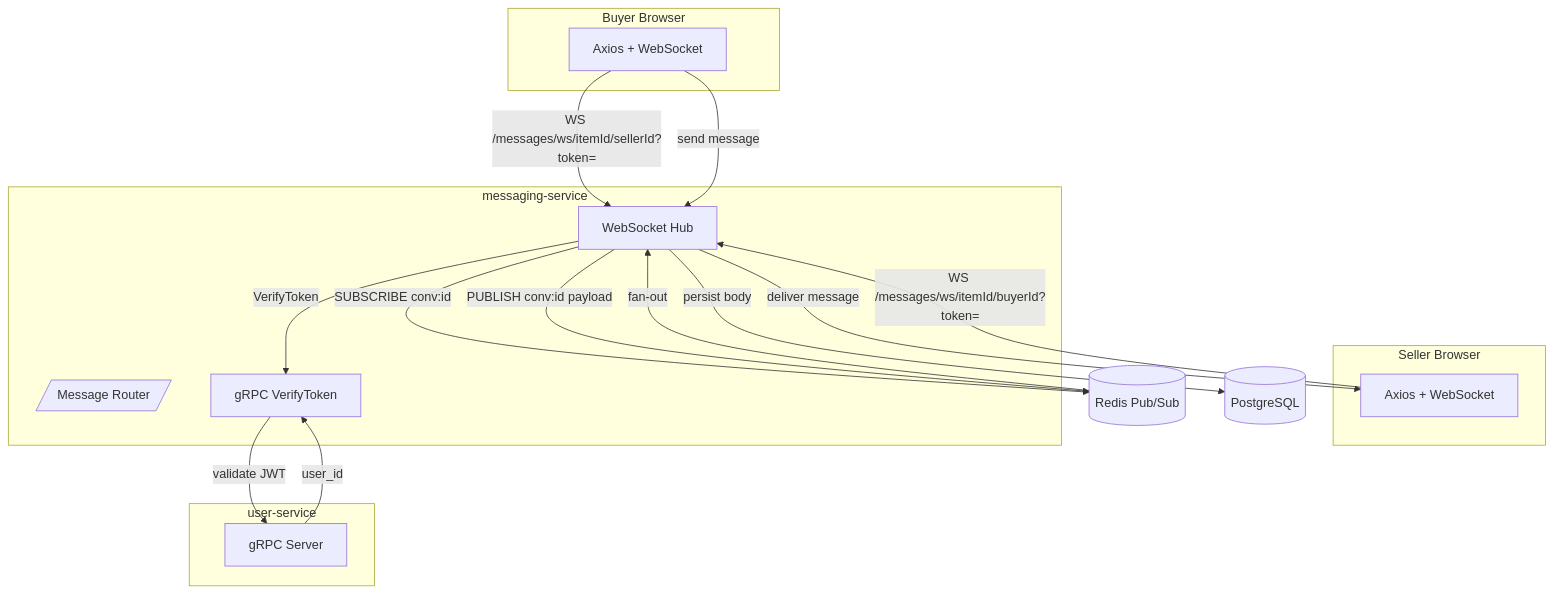
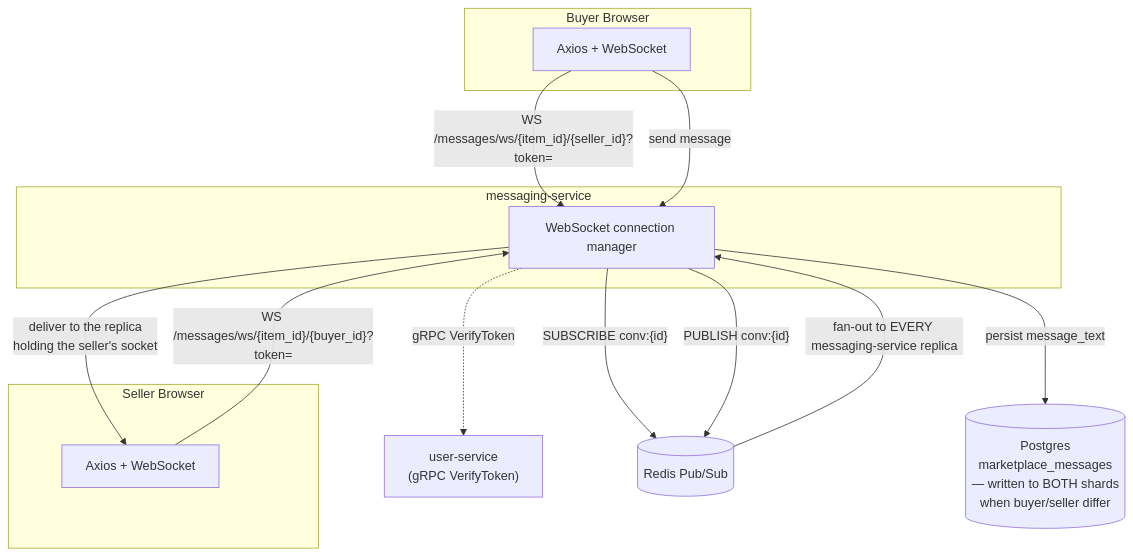
The third of 4 diagrams in README.md (meghnanag2/electrohub-distributed-marketplace), drawn with Mermaid before and after one commit. The commit also changed other lines of this file, not shown here.

````diff
--- a/README.md
+++ b/README.md
@@ -180,37 +326,30 @@
 ```mermaid
-graph TD;
-    subgraph BuyerFE [Buyer Browser]
-        BC[Axios + WebSocket]
+flowchart TD
+    subgraph BuyerFE ["Buyer Browser"]
+        BC["Axios + WebSocket"]
     end
 
-    subgraph SellerFE [Seller Browser]
-        SC[Axios + WebSocket]
+    subgraph SellerFE ["Seller Browser"]
+        SC["Axios + WebSocket"]
     end
 
-    subgraph MessagingSvc [messaging-service]
-        MR[/Message Router/]
-        HUB[WebSocket Hub]
-        GV[gRPC VerifyToken]
+    subgraph MessagingSvc ["messaging-service"]
+        HUB["WebSocket connection manager"]
     end
 
-    subgraph UserSvc [user-service]
-        GT[gRPC Server]
-    end
+    US["user-service<br/>(gRPC VerifyToken)"]
+    RD[("Redis Pub/Sub")]
+    PG[("Postgres<br/>marketplace_messages<br/>— written to BOTH shards<br/>when buyer/seller differ")]
 
-    RD[(Redis Pub/Sub)]
-    PG[(PostgreSQL)]
+    BC -- "WS /messages/ws/{item_id}/{seller_id}?token=" --> HUB
+    SC -- "WS /messages/ws/{item_id}/{buyer_id}?token=" --> HUB
+    HUB -. "gRPC VerifyToken" .-> US
 
-    BC -->|WS /messages/ws/itemId/sellerId?token=| HUB
-    SC -->|WS /messages/ws/itemId/buyerId?token=| HUB
-    HUB -->|VerifyToken| GV
-    GV -->|validate JWT| GT
-    GT -->|user_id| GV
+    HUB -- "SUBSCRIBE conv:{id}" --> RD
 
-    HUB -->|SUBSCRIBE conv:id| RD
-
-    BC -->|send message| HUB
-    HUB -->|persist body| PG
-    HUB -->|PUBLISH conv:id payload| RD
-    RD -->|fan-out| HUB
-    HUB -->|deliver message| SC
+    BC -- "send message" --> HUB
+    HUB -- "persist message_text" --> PG
+    HUB -- "PUBLISH conv:{id}" --> RD
+    RD -- "fan-out to EVERY messaging-service replica" --> HUB
+    HUB -- "deliver to the replica<br/>holding the seller's socket" --> SC
 ```
````
